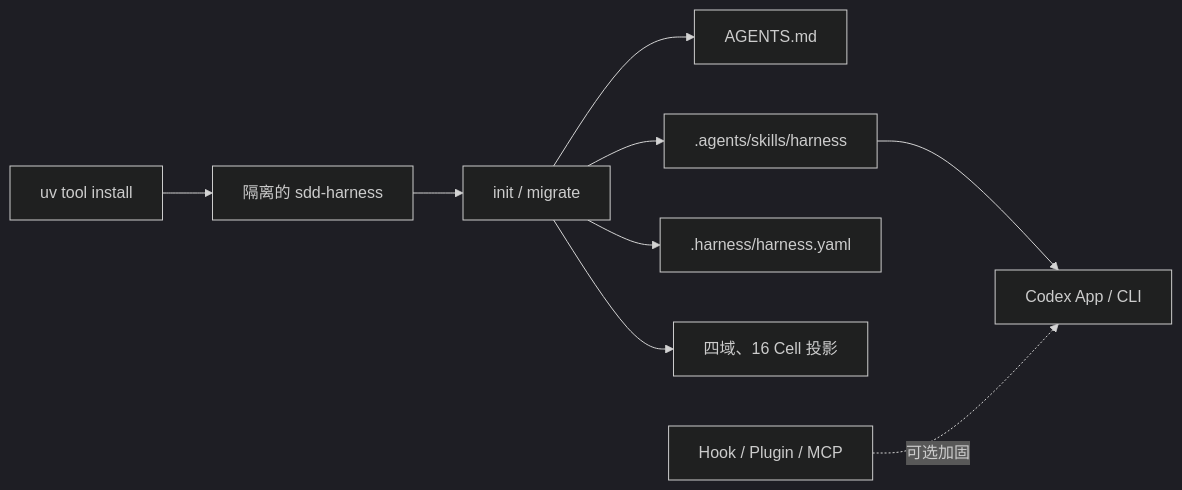
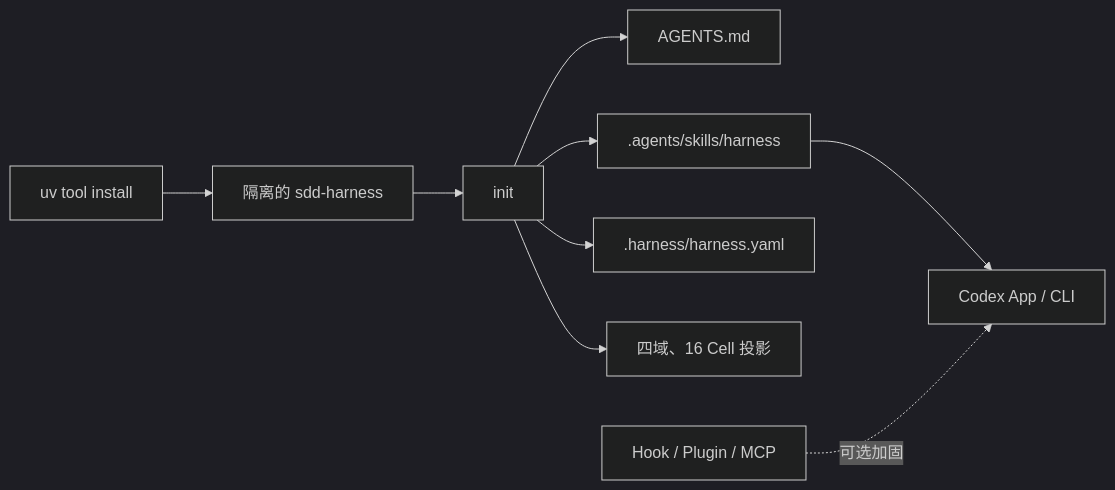
One commit to bigsmartben/harness-scaffold changed the diagram in README.md. Above: the diagram before and after it, drawn with Mermaid (dark theme). The commit also changed 22 other files, not shown here.

````diff
--- a/README.md
+++ b/README.md
@@ -27,11 +27,11 @@
 ```mermaid
 flowchart LR
     A["uv tool install"] --> B["隔离的 sdd-harness"]
-    B --> C["init / migrate"]
+    B --> C["init"]
     C --> D["AGENTS.md"]
     C --> E[".agents/skills/harness"]
     C --> F[".harness/harness.yaml"]
     C --> G["四域、16 Cell 投影"]
     E --> H["Codex App / CLI"]
     I["Hook / Plugin / MCP"] -. "可选加固" .-> H
 ```
````
